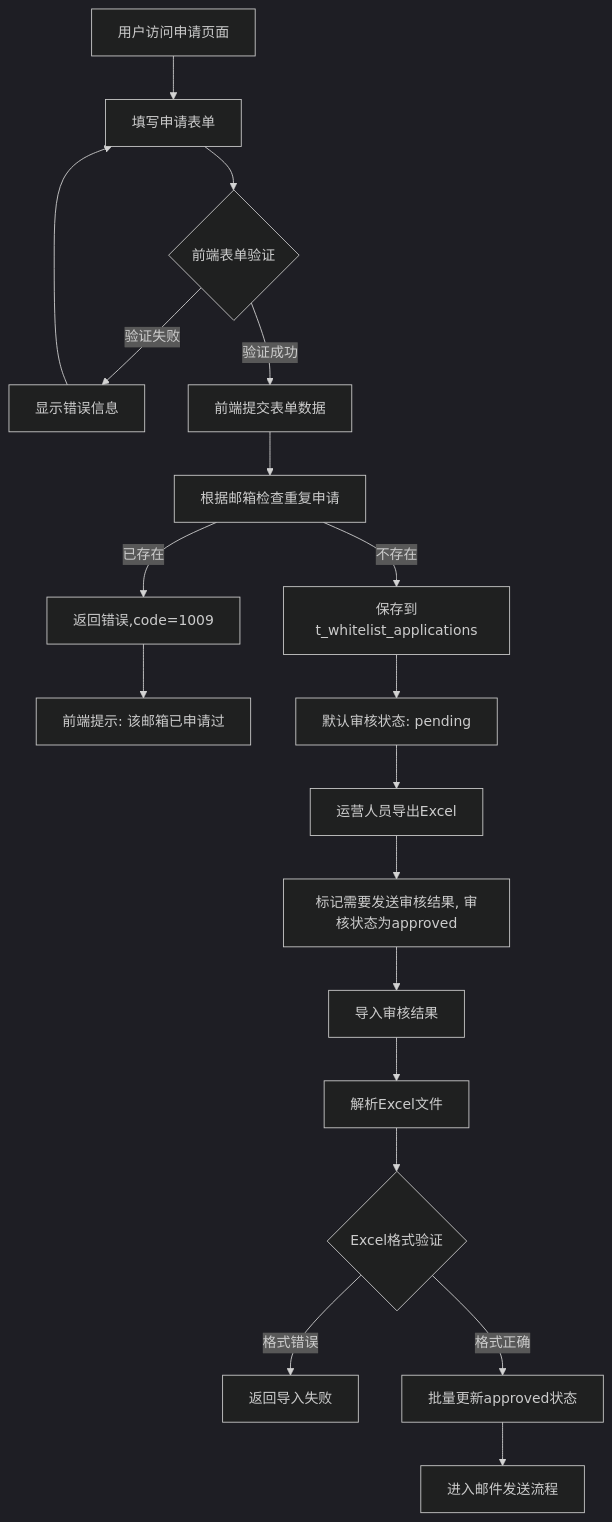
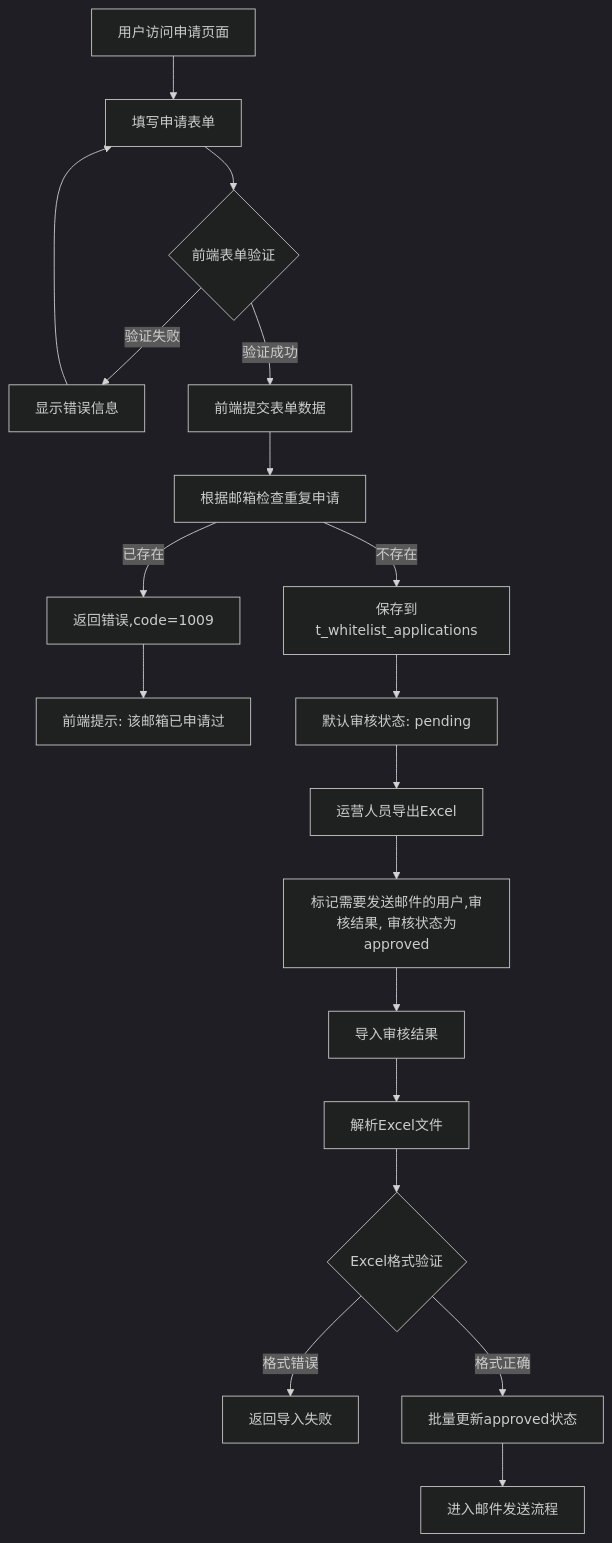
One commit to yingjianzh/iodraw-files changed the diagram in all/未命名-73.md. Above: the diagram before and after it, drawn with Mermaid (dark theme).

Commit message:
2025-07-07 09:50:28 update

````diff
--- a/all/未命名-73.md
+++ b/all/未命名-73.md
@@ -1,24 +1,24 @@
 ```mermaid
 
 flowchart TD
     A[用户访问申请页面] --> B[填写申请表单]
     B --> C{前端表单验证}
     C -->|验证失败| D[显示错误信息]
     D --> B
     C -->|验证成功| E[前端提交表单数据]
     E --> F[根据邮箱检查重复申请]
     F -->|已存在| G[返回错误,code=1009]
     G --> H[前端提示: 该邮箱已申请过]
     F -->|不存在| I[保存到t_whitelist_applications]
     I --> K[默认审核状态: pending]
     
     K --> P[运营人员导出Excel]
-    P --> S[标记需要发送审核结果, 审核状态为approved]
+    P --> S[标记需要发送邮件的用户,审核结果, 审核状态为approved]
     S --> T[导入审核结果]
     T --> T2[解析Excel文件]
     T2 --> T3{Excel格式验证}
     T3 -->|格式错误| T4[返回导入失败]
     T3 -->|格式正确| U[批量更新approved状态]
     U --> V[进入邮件发送流程]
 
 ```
````
